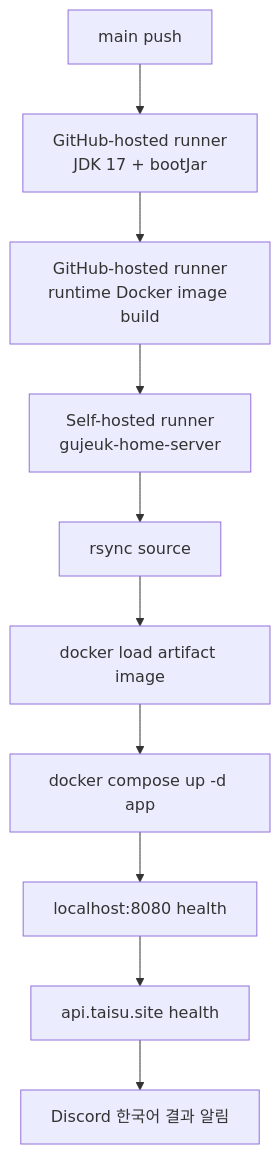
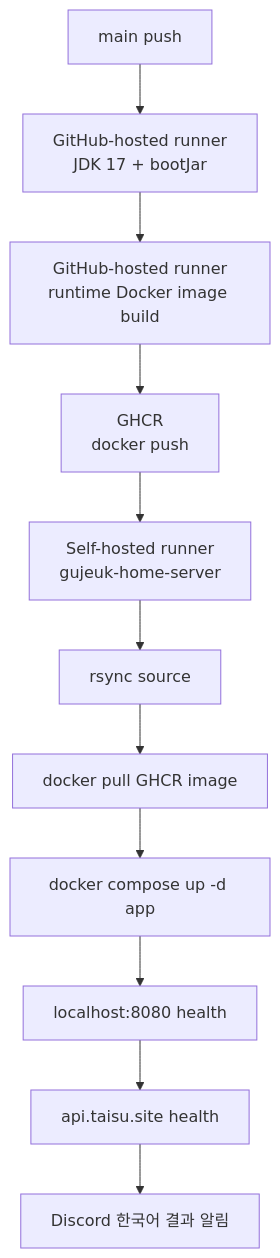
Before and after one commit to GuJeuk-Check-in/GuJeuk-Check-In_server: the fourth of 4 diagrams in docs/HOME_SERVER_OPERATIONS.md, drawn with Mermaid. The commit also changed other lines of this file and 4 other files, not shown here.

First line of the commit message:
refactor :: CI/CD를 GHCR push/pull 방식으로 전환 및 replica 인프라 반영

````diff
--- a/docs/HOME_SERVER_OPERATIONS.md
+++ b/docs/HOME_SERVER_OPERATIONS.md
@@ -644,12 +723,13 @@
 ```mermaid
 flowchart TD
     Push["main push"] --> Build["GitHub-hosted runner<br/>JDK 17 + bootJar"]
     Build --> Package["GitHub-hosted runner<br/>runtime Docker image build"]
-    Package --> Deploy["Self-hosted runner<br/>gujeuk-home-server"]
+    Package --> Registry["GHCR<br/>docker push"]
+    Registry --> Deploy["Self-hosted runner<br/>gujeuk-home-server"]
     Deploy --> Sync["rsync source"]
-    Sync --> Image["docker load artifact image"]
+    Sync --> Image["docker pull GHCR image"]
     Image --> Up["docker compose up -d app"]
     Up --> LocalCheck["localhost:8080 health"]
     LocalCheck --> PublicCheck["api.taisu.site health"]
     PublicCheck --> Notify["Discord 한국어 결과 알림"]
 ```
````
